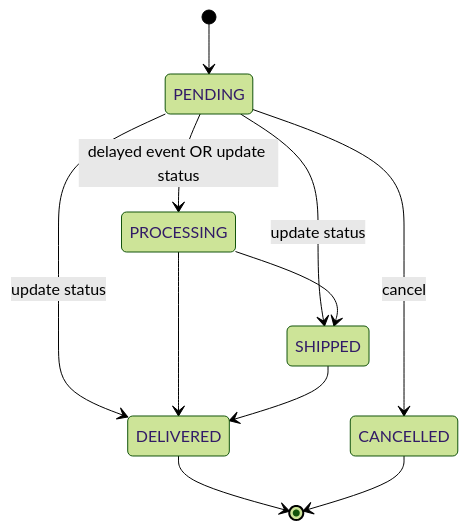
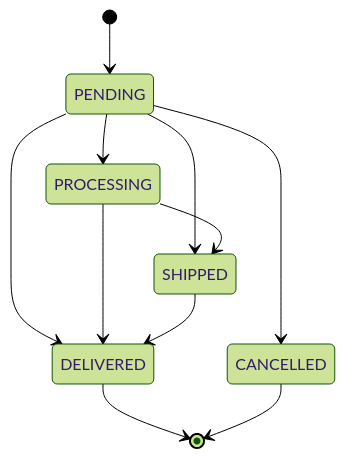
Before and after one commit to AbhinavT09/OrderProcessingSystem: the second of 3 diagrams in docs/index.md, drawn with Mermaid (forest theme). The commit also changed other lines of this file and 71 other files, not shown here.

````diff
--- a/docs/index.md
+++ b/docs/index.md
@@ -71,15 +71,13 @@
 ```mermaid
 stateDiagram-v2
     [*] --> PENDING
-    PENDING --> PROCESSING: delayed event OR update status
-    PENDING --> SHIPPED: update status
-    PENDING --> DELIVERED: update status
-    PENDING --> CANCELLED: cancel
-
+    PENDING --> PROCESSING
+    PENDING --> SHIPPED
+    PENDING --> DELIVERED
+    PENDING --> CANCELLED
     PROCESSING --> SHIPPED
     PROCESSING --> DELIVERED
     SHIPPED --> DELIVERED
-
     DELIVERED --> [*]
     CANCELLED --> [*]
 ```
````
